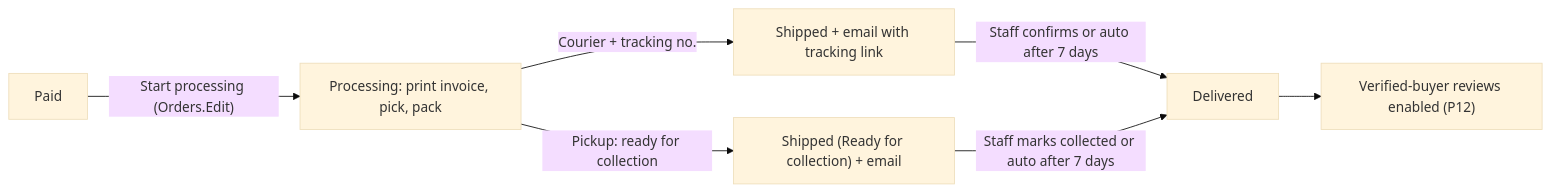
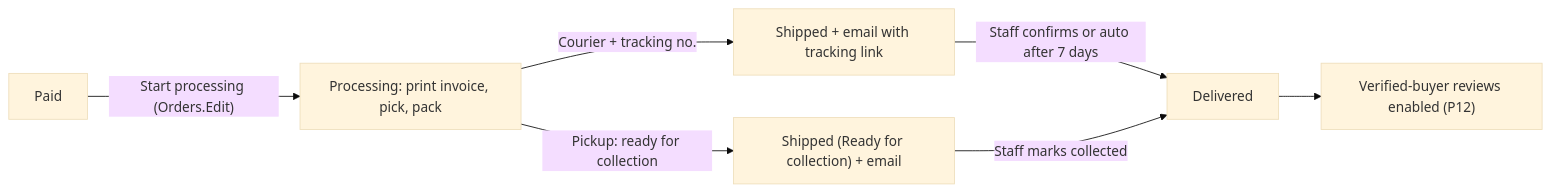
The eighth of 9 diagrams in docs/11-business-processes.md (MASACHITH/spencer-denim-ecommerce), drawn with Mermaid (base theme) before and after one commit. The commit also changed other lines of this file, not shown here.

````diff
--- a/docs/11-business-processes.md
+++ b/docs/11-business-processes.md
@@ -1041,9 +1043,9 @@
 ```mermaid
 flowchart LR
   A["Paid"] -->|"Start processing (Orders.Edit)"| B["Processing: print invoice, pick, pack"]
   B -->|"Courier + tracking no."| C["Shipped + email with tracking link"]
   B -->|"Pickup: ready for collection"| C2["Shipped (Ready for collection) + email"]
   C -->|"Staff confirms or auto after 7 days"| D["Delivered"]
-  C2 -->|"Staff marks collected or auto after 7 days"| D
+  C2 -->|"Staff marks collected"| D
   D --> E["Verified-buyer reviews enabled (P12)"]
 ```
````
